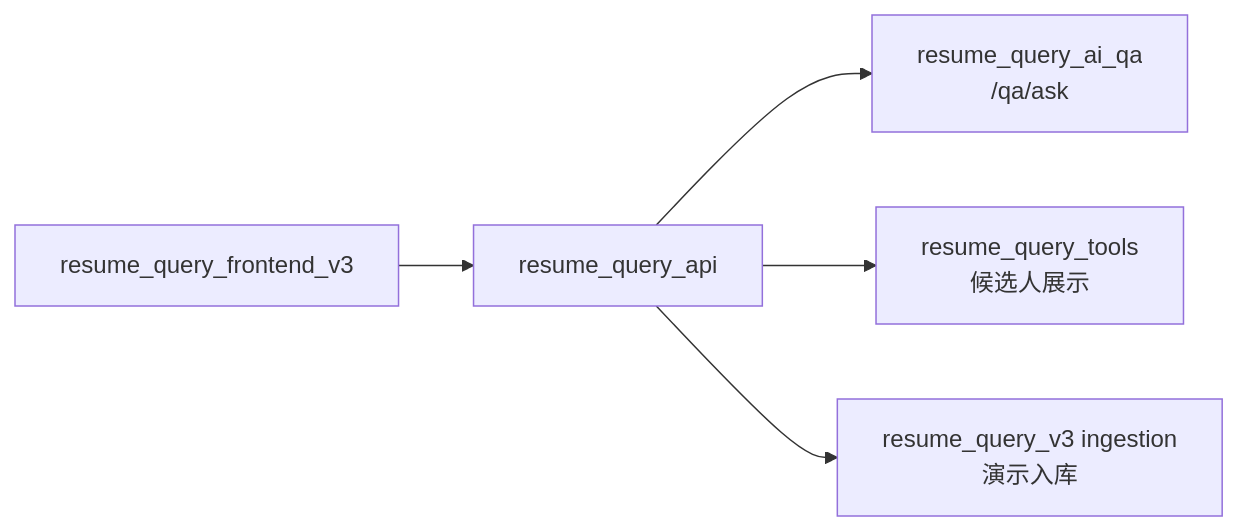
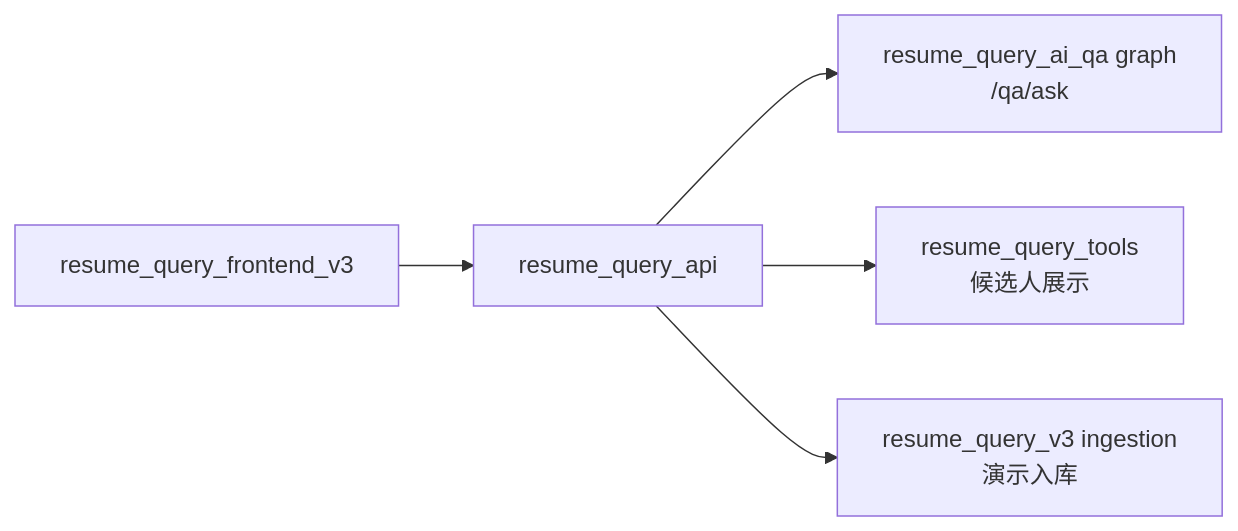
The first of 2 diagrams in resume_query_api/README.md (Matrixllc/resume-ai-agent-2026), drawn with Mermaid before and after one commit. The commit also changed other lines of this file and 256 other files, not shown here.

Commit message:
chore: checkpoint deploy-ready resume query system

````diff
--- a/resume_query_api/README.md
+++ b/resume_query_api/README.md
@@ -20,7 +25,7 @@
 ```mermaid
 flowchart LR
   A["resume_query_frontend_v3"] --> B["resume_query_api"]
-  B --> C["resume_query_ai_qa\n/qa/ask"]
+  B --> C["resume_query_ai_qa graph\n/qa/ask"]
   B --> D["resume_query_tools\n候选人展示"]
   B --> E["resume_query_v3 ingestion\n演示入库"]
 ```
````
